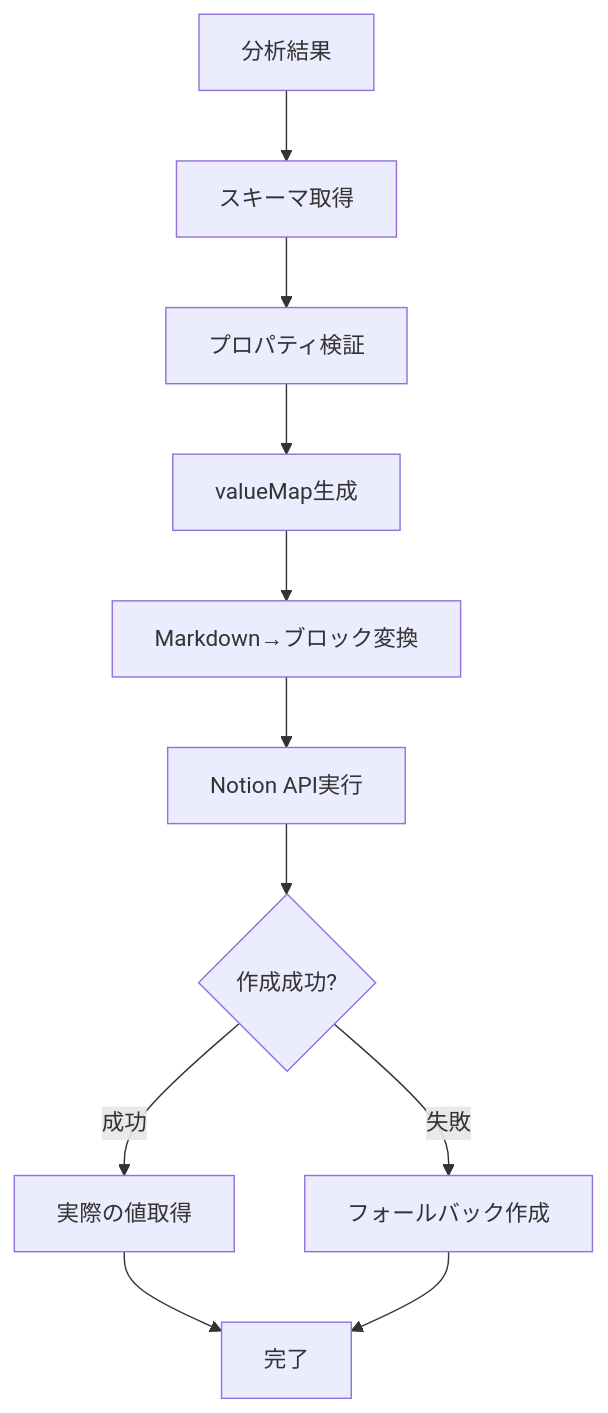
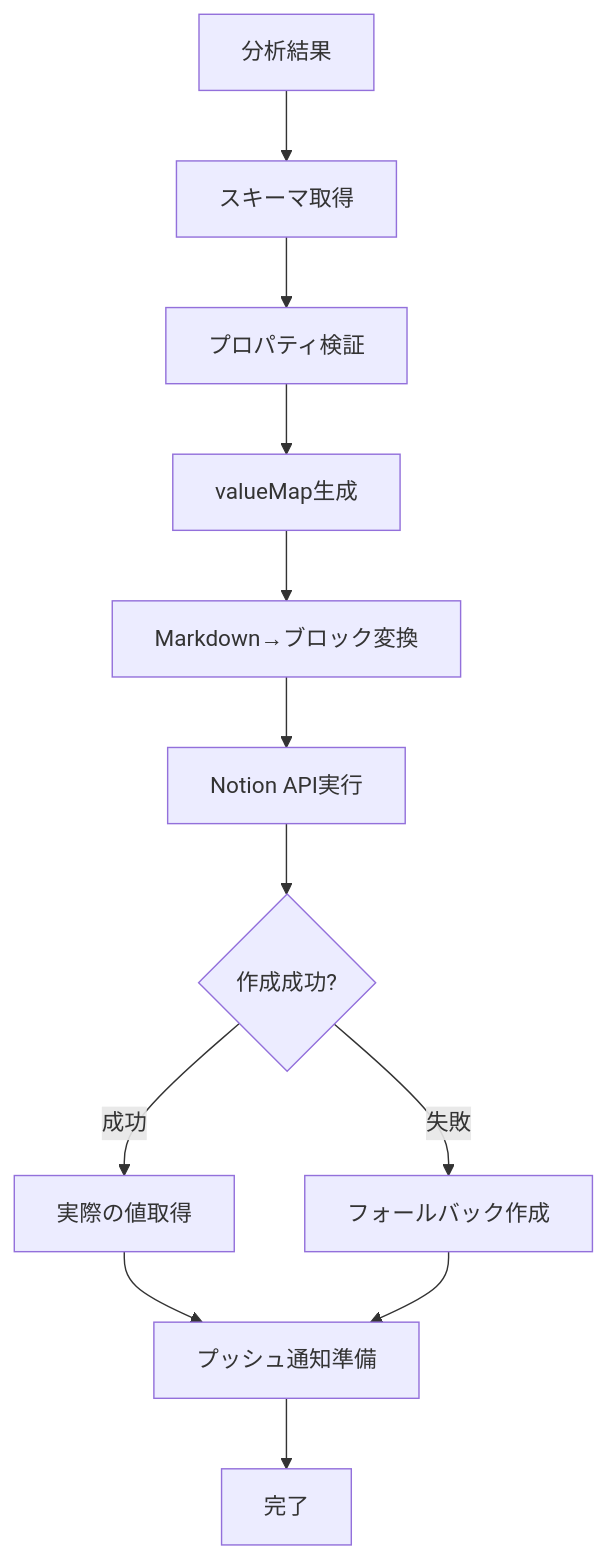
One commit to t-hamamura/line-pm changed the fourth of 5 diagrams in docs/architecture_doc.md. Above: the diagram before and after it, drawn with Mermaid. The commit also changed other lines of this file and 5 other files, not shown here.

````diff
--- a/docs/architecture_doc.md
+++ b/docs/architecture_doc.md
@@ -164,13 +188,14 @@
 ```mermaid
 flowchart TD
     A[分析結果] --> B[スキーマ取得]
     B --> C[プロパティ検証]
     C --> D[valueMap生成]
     D --> E[Markdown→ブロック変換]
     E --> F[Notion API実行]
     F --> G{作成成功?}
     G -->|成功| H[実際の値取得]
     G -->|失敗| I[フォールバック作成]
-    H --> J[完了]
+    H --> J[プッシュ通知準備]
     I --> J
+    J --> K[完了]
 ```
````
